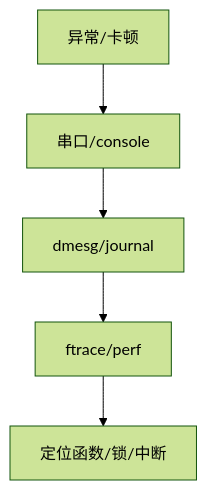
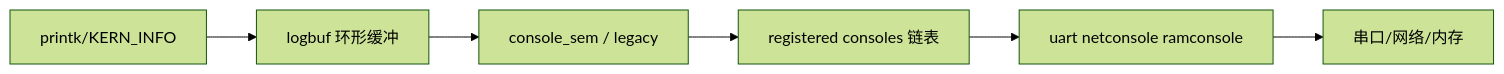
Before and after one commit to yanggan2015/knowledge-json-v2: the second of 4 diagrams in articles/csdn-merged/嵌入式系统-嵌入式调试完整篇.md, drawn with Mermaid (forest theme). The commit also changed other lines of this file and 13 other files, not shown here.

````diff
--- a/articles/csdn-merged/嵌入式系统-嵌入式调试完整篇.md
+++ b/articles/csdn-merged/嵌入式系统-嵌入式调试完整篇.md
@@ -16,7 +42,8 @@
 ```mermaid
-flowchart TD
-    A[异常/卡顿] --> B[串口/console]
-    B --> C[dmesg/journal]
-    C --> D[ftrace/perf]
-    D --> E[定位函数/锁/中断]
+flowchart LR
+    P[printk/KERN_INFO] --> R[logbuf 环形缓冲]
+    R --> C[console_sem / legacy]
+    C --> CON[registered consoles 链表]
+    CON --> U[uart netconsole ramconsole]
+    U --> O[串口/网络/内存]
 ```
````
